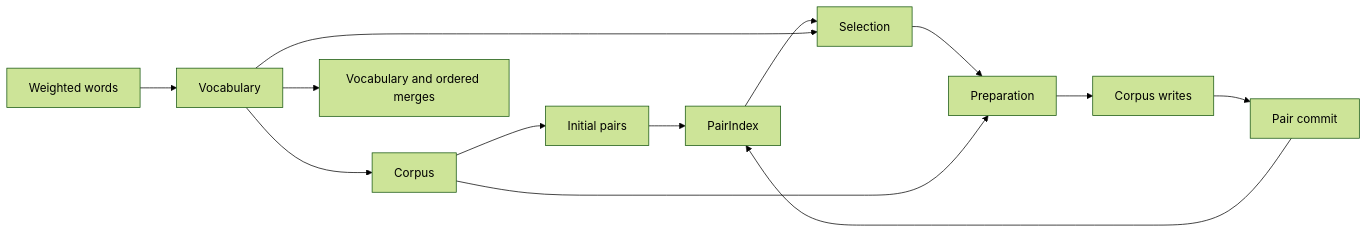
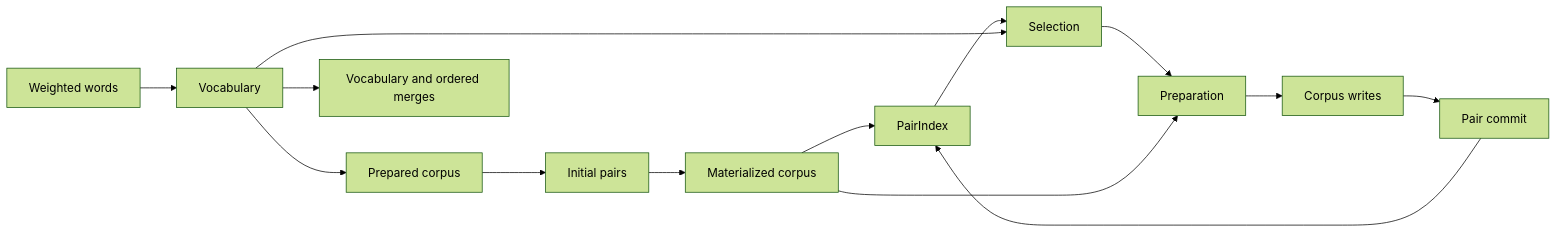
The diagram in tokenizers/tk-train/BPE_DESIGN.md (Yikai-Liao/tokenizers), drawn with Mermaid (forest theme) before and after one commit. The commit also changed other lines of this file and 4 other files, not shown here.

Commit message:
perf(bpe): defer mutable corpus allocation during initialization

````diff
--- a/tokenizers/tk-train/BPE_DESIGN.md
+++ b/tokenizers/tk-train/BPE_DESIGN.md
@@ -17,15 +17,16 @@
 ```mermaid
 flowchart LR
     Words[Weighted words] --> Vocabulary
-    Vocabulary --> Corpus
-    Corpus --> Initialization[Initial pairs]
-    Initialization --> PairIndex
+    Vocabulary --> Plan[Prepared corpus]
+    Plan --> Initialization[Initial pairs]
+    Initialization --> Corpus[Materialized corpus]
+    Corpus --> PairIndex
     PairIndex --> Selection
     Vocabulary --> Selection
     Selection --> Preparation
     Corpus --> Preparation
     Preparation --> Writes[Corpus writes]
     Writes --> Commit[Pair commit]
     Commit --> PairIndex
     Vocabulary --> Model[Vocabulary and ordered merges]
 ```
````
